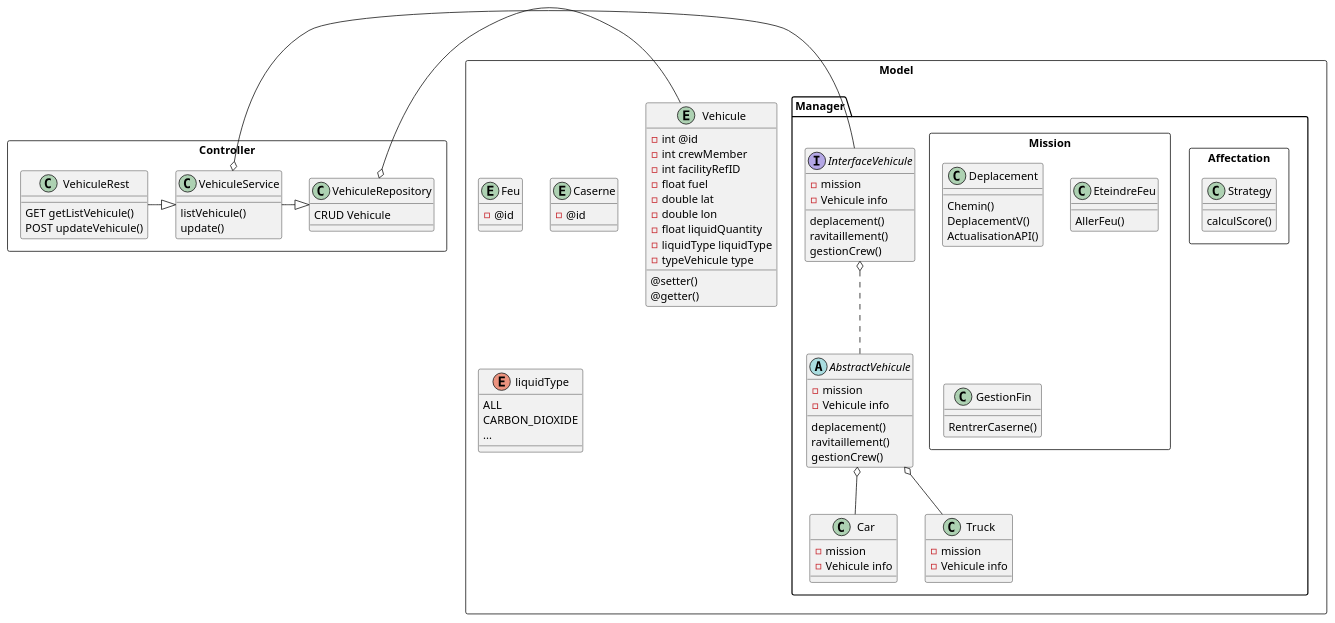
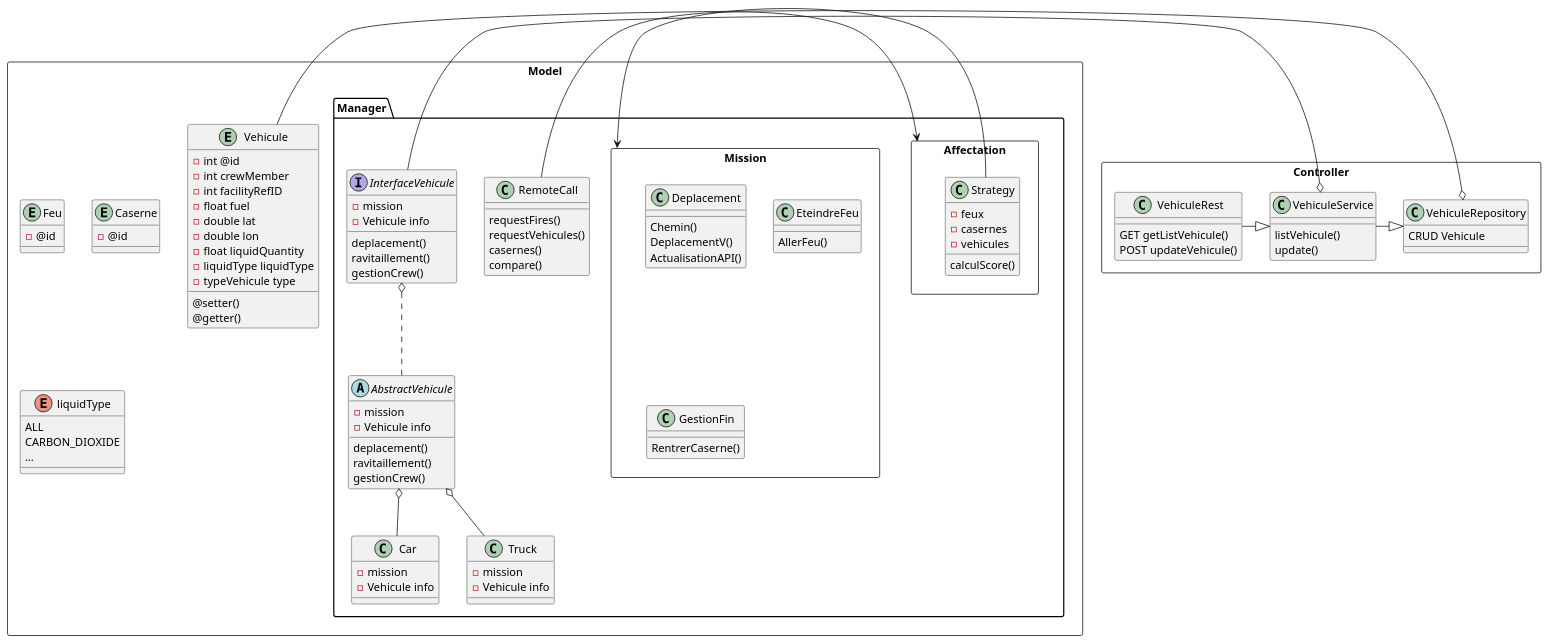
Before and after one commit to Elliot-Garcia/Projet_Majeure: the diagram in architecture.plantuml, drawn with PlantUML. The commit also changed 4 other files, not shown here.

```diff
--- a/architecture.plantuml
+++ b/architecture.plantuml
@@ -1,112 +1,125 @@
 @startuml
 
 package Model <<Rectangle>> {
     entity Vehicule {
       - int @id
       - int crewMember
       - int facilityRefID
       - float fuel
       - double lat
       - double lon
       - float liquidQuantity
       - liquidType liquidType
       - typeVehicule type
 
       @setter()
       @getter()
     }
 
     entity Feu {
         - @id
     }
     entity Caserne {
         - @id
     }
 
     enum liquidType {
         ALL
         CARBON_DIOXIDE
         ...
     }
 
     package Manager <<Folder>> {
 
+        class RemoteCall {
+            requestFires()
+            requestVehicules()
+            casernes()
+            compare()
+        }
+
         package Affectation <<rectangle>> {
             class Strategy {
+                - feux
+                - casernes
+                - vehicules
                 calculScore()
             }
         }
 
         package Mission <<rectangle>> {
             class Deplacement {
                 Chemin()
                 DeplacementV()
                 ActualisationAPI()
             }
             class EteindreFeu {
                 AllerFeu()
             }
             class GestionFin {
                 RentrerCaserne()
             }
         }
+
+        RemoteCall -> Affectation
+        Strategy -> Mission
 
         interface InterfaceVehicule {
             - mission
             - Vehicule info
             deplacement()
             ravitaillement()
             gestionCrew()
         }
 
         abstract AbstractVehicule {
             - mission
             - Vehicule info
             deplacement()
             ravitaillement()
             gestionCrew()
         }
 
         class Car {
             - mission
             - Vehicule info
         }
         class Truck {
             - mission
             - Vehicule info
         }
 
         InterfaceVehicule o.. AbstractVehicule
         AbstractVehicule o-- Car
         AbstractVehicule o-- Truck
     }
 
 }
 
 package Controller <<Rectangle>> {
 
     class VehiculeRepository {
         CRUD Vehicule
     }
 
     class VehiculeService {
         listVehicule()
         update()
     }
 
     class VehiculeRest {
         GET getListVehicule()
         POST updateVehicule()
     }
 
     VehiculeRest -|> VehiculeService
     VehiculeService -|> VehiculeRepository
 
     VehiculeRepository o- Vehicule
     VehiculeService o- InterfaceVehicule
 
 }
 
 
 
 @enduml
```
